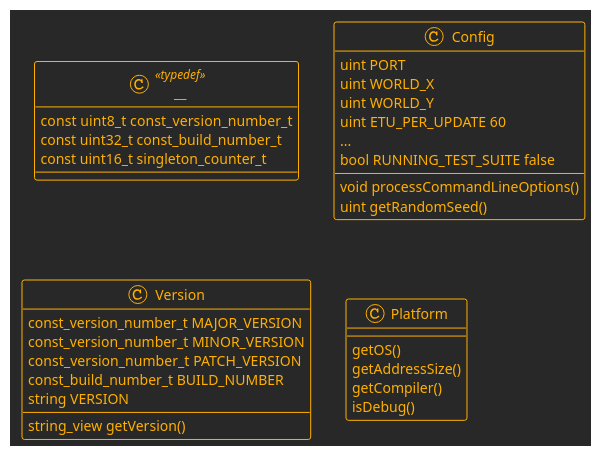
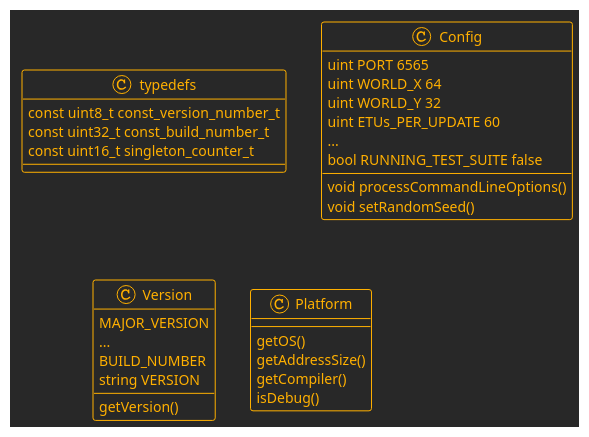
The second of 5 diagrams in API_DESIGN.md (marknelsonengineer/empire), drawn with PlantUML before and after one commit. The commit also changed other lines of this file and 6 other files, not shown here.

```diff
--- a/API_DESIGN.md
+++ b/API_DESIGN.md
@@ -122,39 +126,38 @@
 @startuml
 !theme crt-amber
 
-class __ <<typedef>> {
-const uint8_t  const_version_number_t
-const uint32_t const_build_number_t
-const uint16_t singleton_counter_t
+class typedefs {
+  const uint8_t  const_version_number_t
+  const uint32_t const_build_number_t
+  const uint16_t singleton_counter_t
 }
 
 class Config {
-  uint PORT
-  uint WORLD_X
-  uint WORLD_Y
-  uint ETU_PER_UPDATE 60
+  uint PORT 6565
+  uint WORLD_X 64
+  uint WORLD_Y 32
+  uint ETUs_PER_UPDATE 60
   ...
   bool RUNNING_TEST_SUITE false
 
   void processCommandLineOptions()
-  uint getRandomSeed()
+  void setRandomSeed()
 }
 
 class Version {
-  const_version_number_t MAJOR_VERSION
-  const_version_number_t MINOR_VERSION
-  const_version_number_t PATCH_VERSION
-  const_build_number_t BUILD_NUMBER
+  MAJOR_VERSION
+  ...
+  BUILD_NUMBER
   string VERSION
 
-  string_view getVersion()
+  getVersion()
 }
 
 class Platform {
   getOS()
   getAddressSize()
   getCompiler()
   isDebug()
 }
 
 @enduml
```
